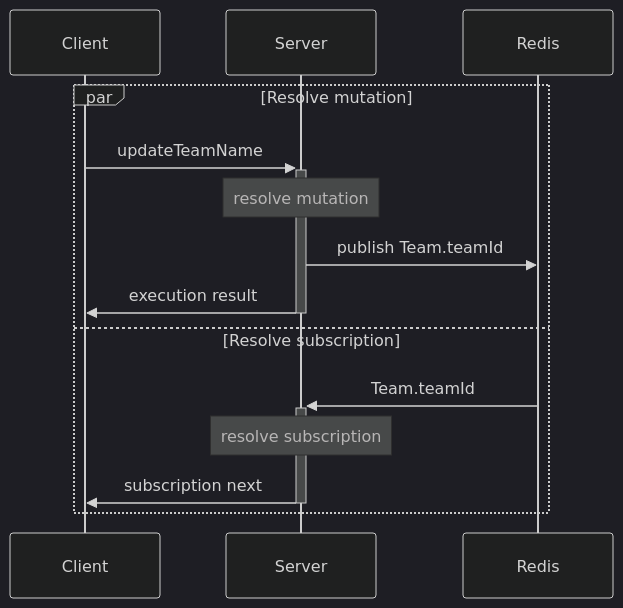
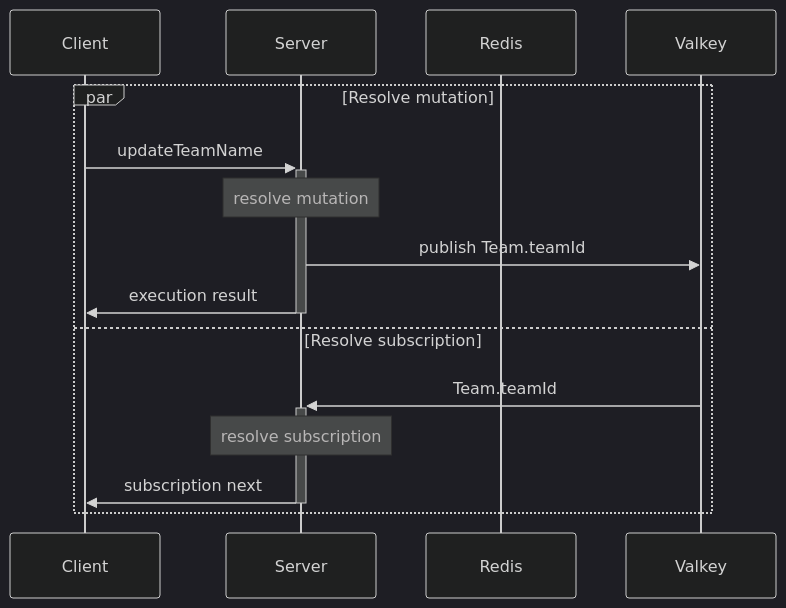
Before and after one commit to ParabolInc/parabol: the second of 2 diagrams in docs/serviceDiagram.md, drawn with Mermaid (dark theme). The commit also changed other lines of this file and 4 other files, not shown here.

````diff
--- a/docs/serviceDiagram.md
+++ b/docs/serviceDiagram.md
@@ -33,18 +33,18 @@
 ```mermaid
 sequenceDiagram
   participant Client
   participant Server
   participant Redis
 
   par Resolve mutation
     Client ->>+ Server: updateTeamName
     note over Server: resolve mutation
-    Server ->> Redis: publish Team.teamId
+    Server ->> Valkey: publish Team.teamId
     Server ->>- Client: execution result
   and Resolve subscription
-    Redis ->>+ Server: Team.teamId
+    Valkey ->>+ Server: Team.teamId
     note over Server: resolve subscription
     Server ->>- Client: subscription next
   end
 
 ```
````
